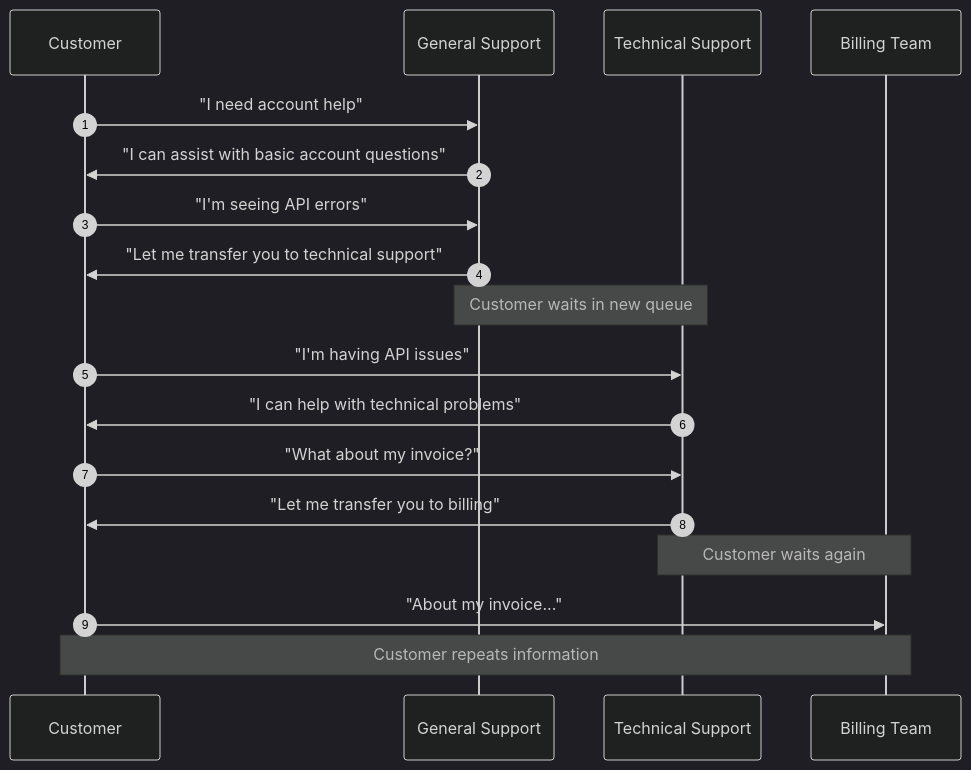
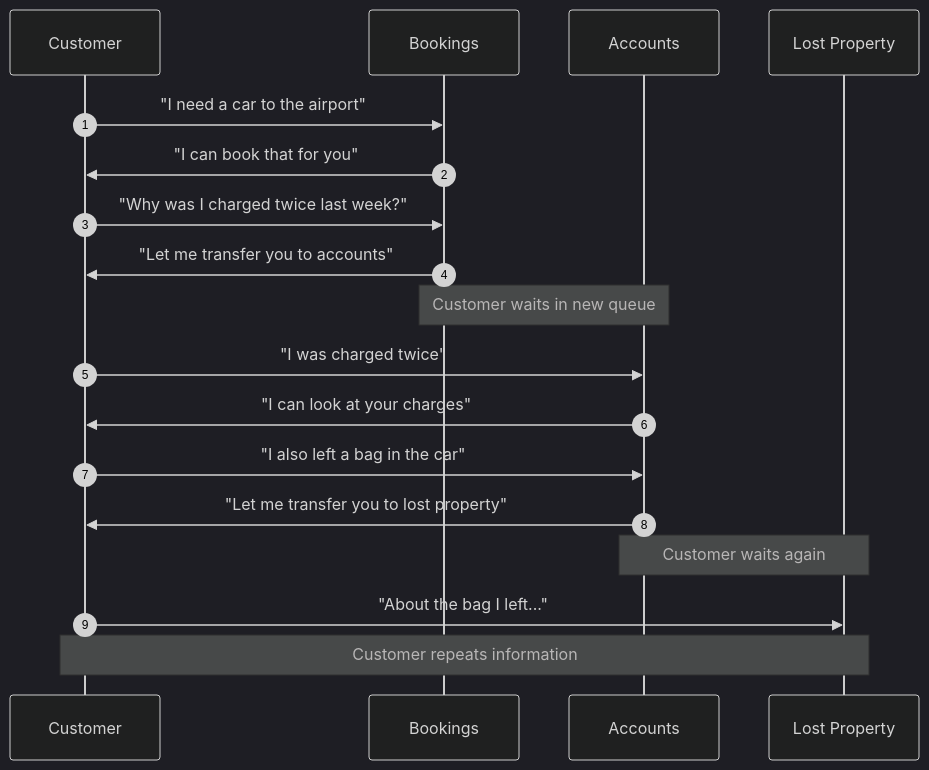
The fifth of 9 diagrams in fern/products/platform/pages/ai/get-started/capabilities/index.mdx (signalwire/docs), drawn with Mermaid (dark theme) before and after one commit. The commit also changed other lines of this file and 8 other files, not shown here.

````diff
--- a/fern/products/platform/pages/ai/get-started/capabilities/index.mdx
+++ b/fern/products/platform/pages/ai/get-started/capabilities/index.mdx
@@ -188,21 +197,21 @@
 ```mermaid
 sequenceDiagram
     autonumber
     participant C as Customer
-    participant G as General Support
-    participant T as Technical Support
-    participant B as Billing Team
+    participant B as Bookings
+    participant A as Accounts
+    participant L as Lost Property
 
-    C->>G: "I need account help"
-    G->>C: "I can assist with basic account questions"
-    C->>G: "I'm seeing API errors"
-    G->>C: "Let me transfer you to technical support"
-    Note over G,T: Customer waits in new queue
-    C->>T: "I'm having API issues"
-    T->>C: "I can help with technical problems"
-    C->>T: "What about my invoice?"
-    T->>C: "Let me transfer you to billing"
-    Note over T,B: Customer waits again
-    C->>B: "About my invoice..."
-    Note over C,B: Customer repeats information
+    C->>B: "I need a car to the airport"
+    B->>C: "I can book that for you"
+    C->>B: "Why was I charged twice last week?"
+    B->>C: "Let me transfer you to accounts"
+    Note over B,A: Customer waits in new queue
+    C->>A: "I was charged twice"
+    A->>C: "I can look at your charges"
+    C->>A: "I also left a bag in the car"
+    A->>C: "Let me transfer you to lost property"
+    Note over A,L: Customer waits again
+    C->>L: "About the bag I left..."
+    Note over C,L: Customer repeats information
 ```
````
